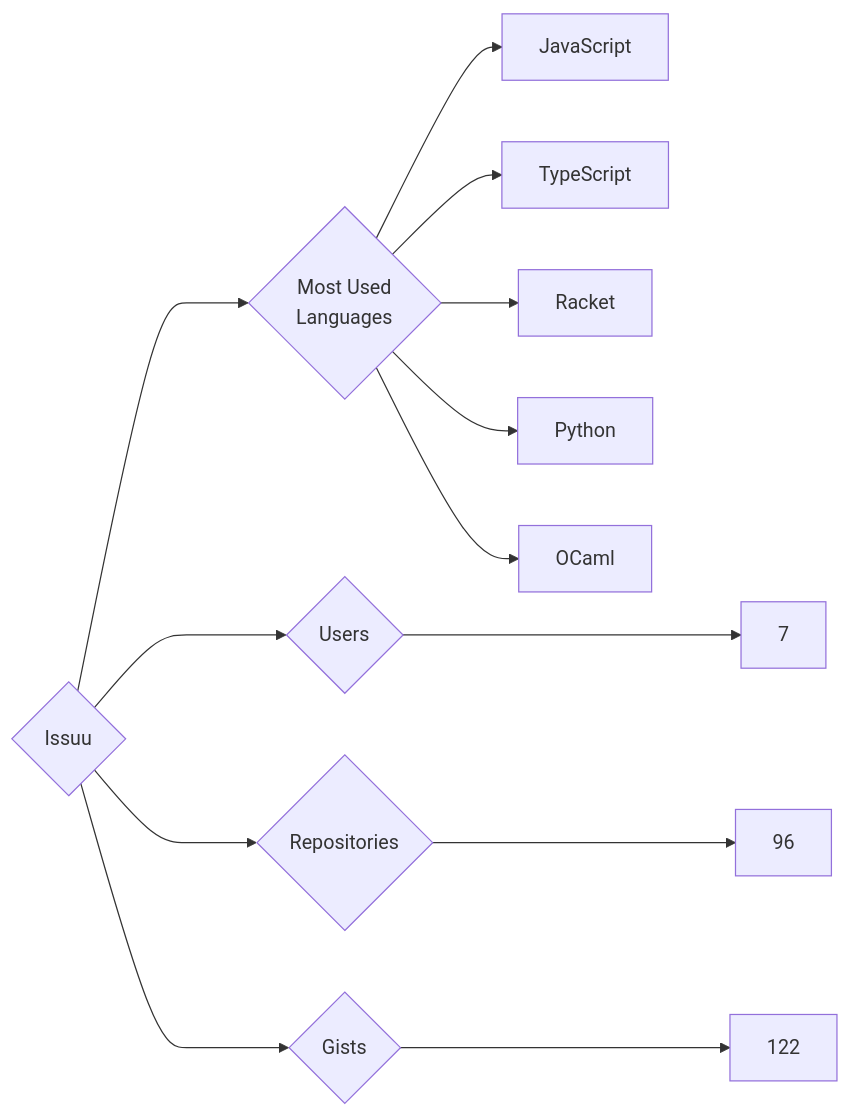
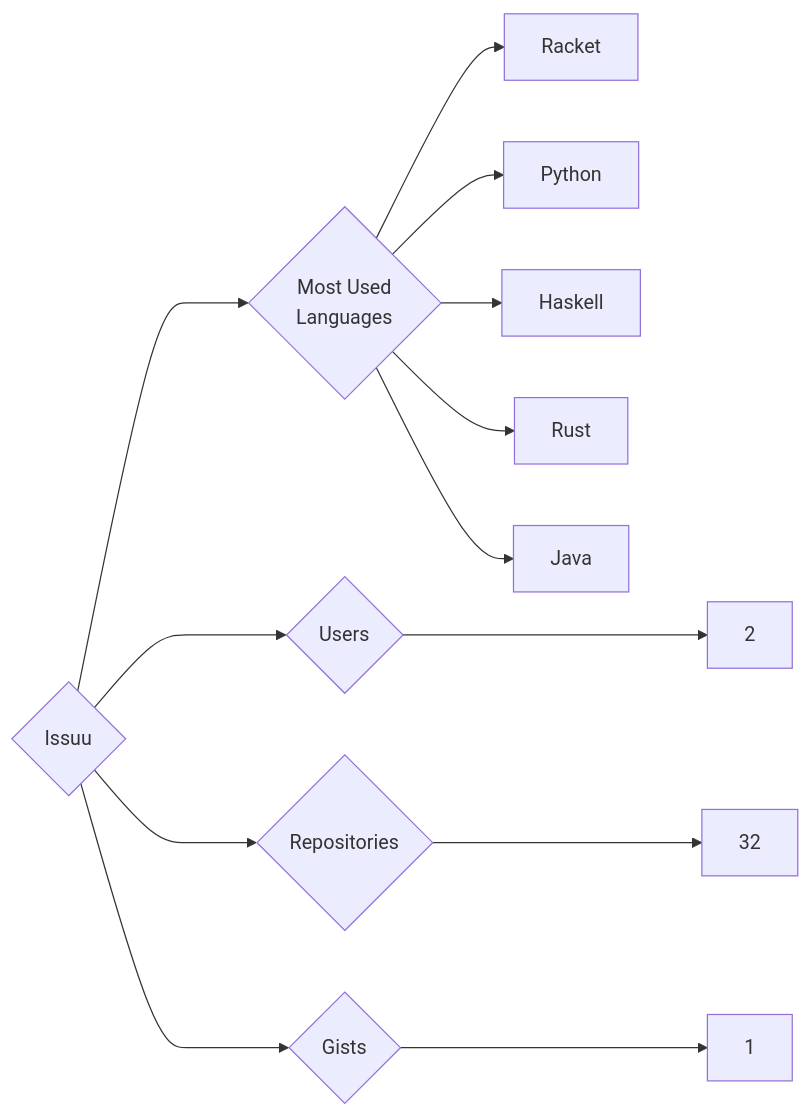
Before and after one commit to trickest/insiders: the diagram in targets/Issuu/README.md, drawn with Mermaid. The commit also changed 944 other files, not shown here.

````diff
--- a/targets/Issuu/README.md
+++ b/targets/Issuu/README.md
@@ -3,13 +3,13 @@
 ```mermaid
 graph LR
 COMPANY_NAME{Issuu}
-COMPANY_NAME ---> U{Users} ---> UN[7]
-COMPANY_NAME ---> R{Repositories} ---> RN[96]
-COMPANY_NAME ---> G{Gists} ---> GN[122]
+COMPANY_NAME ---> U{Users} ---> UN[2]
+COMPANY_NAME ---> R{Repositories} ---> RN[32]
+COMPANY_NAME ---> G{Gists} ---> GN[1]
 COMPANY_NAME ---> ML{Most Used<br>Languages}
-ML --> JavaScript[JavaScript]
-ML --> TypeScript[TypeScript]
 ML --> Racket[Racket]
 ML --> Python[Python]
-ML --> OCaml[OCaml]
+ML --> Haskell[Haskell]
+ML --> Rust[Rust]
+ML --> Java[Java]
 ```
````
